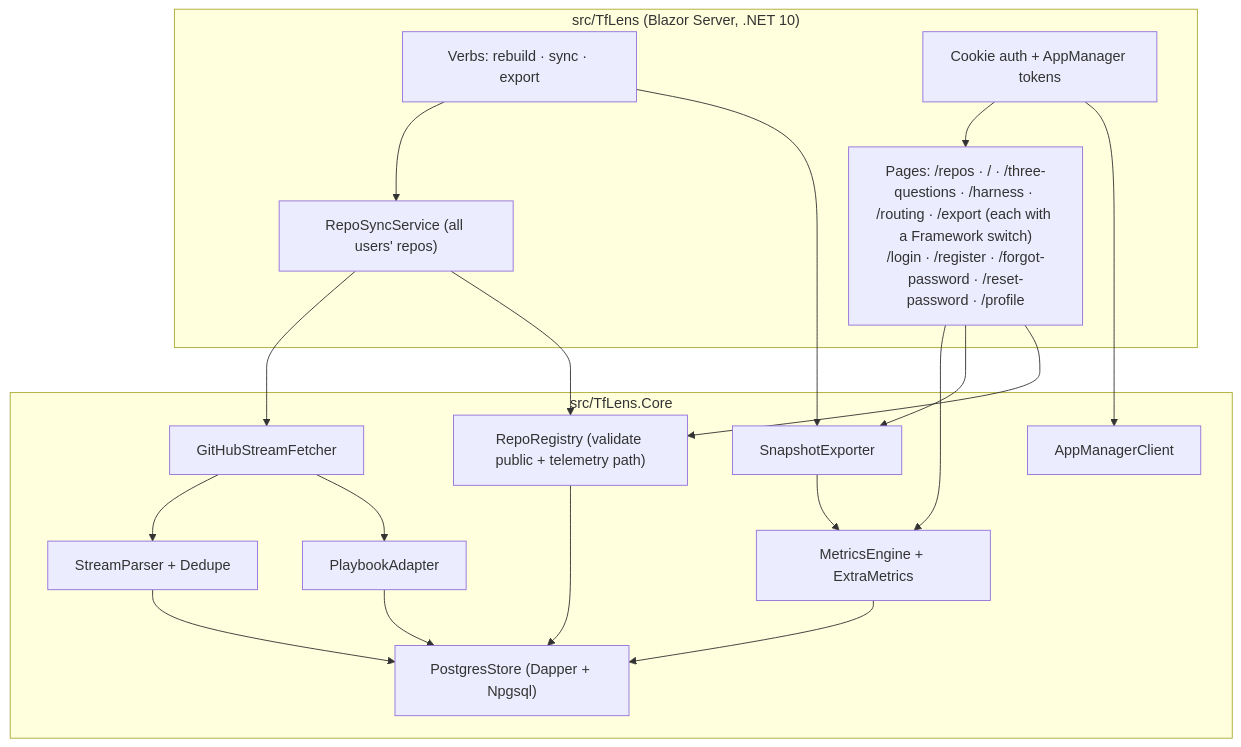
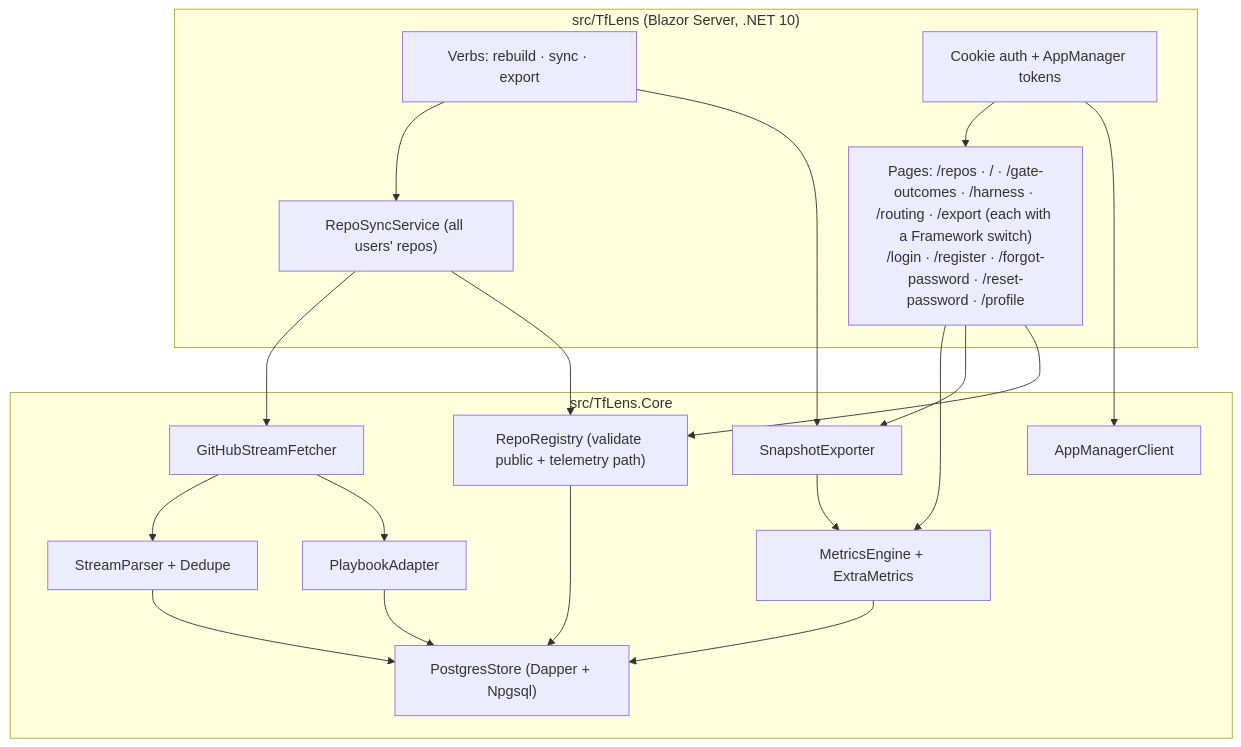
The third of 12 diagrams in docs/TfLens-BRD.md (techierathore/TfLens), drawn with Mermaid before and after one commit. The commit also changed other lines of this file and 151 other files, not shown here.

````diff
--- a/docs/TfLens-BRD.md
+++ b/docs/TfLens-BRD.md
@@ -179,35 +190,35 @@
 ```mermaid
 flowchart TB
   subgraph Head["src/TfLens (Blazor Server, .NET 10)"]
-    Pages["Pages: /repos · / · /three-questions · /harness · /routing · /export (each with a Framework switch)<br/>/login · /register · /forgot-password · /reset-password · /profile"]
+    Pages["Pages: /repos · / · /gate-outcomes · /harness · /routing · /export (each with a Framework switch)<br/>/login · /register · /forgot-password · /reset-password · /profile"]
     Sync["RepoSyncService (all users' repos)"]
     Verbs["Verbs: rebuild · sync · export"]
     Auth["Cookie auth + AppManager tokens"]
   end
   subgraph Core["src/TfLens.Core"]
     AMC["AppManagerClient"]
     RepoSvc["RepoRegistry (validate public + telemetry path)"]
     Fetch["GitHubStreamFetcher"]
     Parse["StreamParser + Dedupe"]
     Store["PostgresStore (Dapper + Npgsql)"]
     Engine["MetricsEngine + ExtraMetrics"]
     Exp["SnapshotExporter"]
     Pb["PlaybookAdapter"]
   end
   Pages --> Engine
   Pages --> Exp
   Sync --> Fetch
   Verbs --> Sync
   Verbs --> Exp
   Fetch --> Parse
   Fetch --> Pb
   Parse --> Store
   Pb --> Store
   Engine --> Store
   Exp --> Engine
   Auth --> Pages
   Auth --> AMC
   Pages --> RepoSvc
   RepoSvc --> Store
   Sync --> RepoSvc
 ```
````
